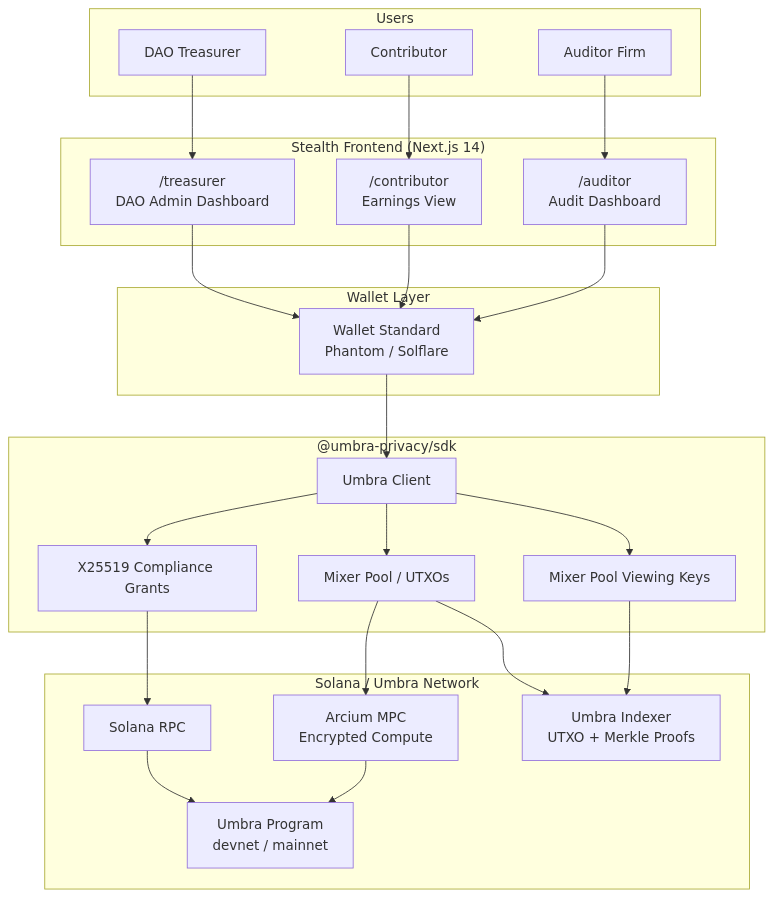
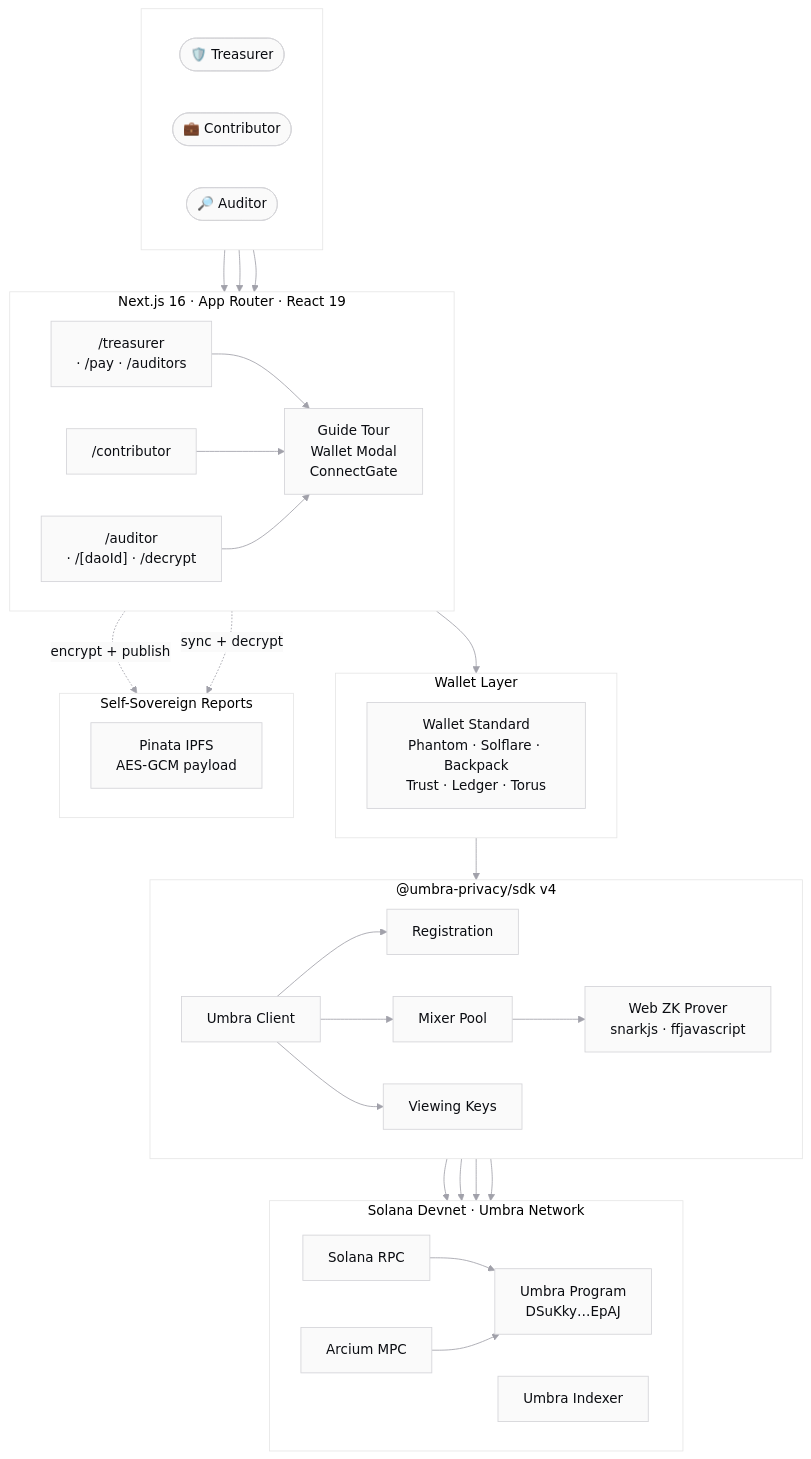
Before and after one commit to Stefaron/Stealth-Frontier-Hackathon: the third of 6 diagrams in README.md, drawn with Mermaid. The commit also changed other lines of this file, not shown here.

First line of the commit message:
docs: rewrite README with diagrams, badges & polished structure

````diff
--- a/README.md
+++ b/README.md
@@ -128,52 +159,64 @@
 ```mermaid
+%%{init: {'theme':'base','themeVariables':{'primaryColor':'#fafafa','primaryBorderColor':'#d4d4d8','primaryTextColor':'#0b0d12','lineColor':'#a1a1aa','fontFamily':'system-ui'}}}%%
 flowchart TD
-    subgraph Users
-        Treasurer[DAO Treasurer]
-        Contributor[Contributor]
-        Auditor[Auditor Firm]
+    subgraph Users[" "]
+        direction LR
+        Tre([🛡️ Treasurer])
+        Con([💼 Contributor])
+        Aud([🔎 Auditor])
     end
 
-    subgraph Frontend["Stealth Frontend (Next.js 14)"]
-        TreasurerUI["/treasurer<br/>DAO Admin Dashboard"]
-        ContributorUI["/contributor<br/>Earnings View"]
-        AuditorUI["/auditor<br/>Audit Dashboard"]
+    subgraph FE["Next.js 16 · App Router · React 19"]
+        direction LR
+        TreUI["/treasurer<br/>· /pay · /auditors"]
+        ConUI["/contributor"]
+        AudUI["/auditor<br/>· /[daoId] · /decrypt"]
+        Guide["Guide Tour<br/>Wallet Modal<br/>ConnectGate"]
     end
 
     subgraph Wallet["Wallet Layer"]
-        WalletStd[Wallet Standard<br/>Phantom / Solflare]
+        direction LR
+        WS[Wallet Standard<br/>Phantom · Solflare · Backpack<br/>Trust · Ledger · Torus]
     end
 
-    subgraph SDK["@umbra-privacy/sdk"]
-        UmbraClient[Umbra Client]
-        Compliance[X25519 Compliance Grants]
-        Mixer[Mixer Pool / UTXOs]
-        ViewingKeys[Mixer Pool Viewing Keys]
+    subgraph SDK["@umbra-privacy/sdk v4"]
+        direction LR
+        Client[Umbra Client]
+        Reg[Registration]
+        Mix[Mixer Pool]
+        VK[Viewing Keys]
+        ZK[Web ZK Prover<br/>snarkjs · ffjavascript]
     end
 
-    subgraph Network["Solana / Umbra Network"]
-        SolanaRPC[Solana RPC]
-        Arcium[Arcium MPC<br/>Encrypted Compute]
-        Indexer[Umbra Indexer<br/>UTXO + Merkle Proofs]
-        UmbraProgram[Umbra Program<br/>devnet / mainnet]
+    subgraph Net["Solana Devnet · Umbra Network"]
+        direction LR
+        RPC[Solana RPC]
+        Arc[Arcium MPC]
+        Idx[Umbra Indexer]
+        Prog[Umbra Program<br/>DSuKky…EpAJ]
     end
 
-    Treasurer --> TreasurerUI
-    Contributor --> ContributorUI
-    Auditor --> AuditorUI
+    subgraph IPFS["Self-Sovereign Reports"]
+        direction LR
+        Pin[Pinata IPFS<br/>AES-GCM payload]
+    end
 
-    TreasurerUI --> WalletStd
-    ContributorUI --> WalletStd
-    AuditorUI --> WalletStd
+    Tre --> TreUI
+    Con --> ConUI
+    Aud --> AudUI
 
-    WalletStd --> UmbraClient
-    UmbraClient --> Compliance
-    UmbraClient --> Mixer
-    UmbraClient --> ViewingKeys
+    TreUI & ConUI & AudUI --> Guide --> WS
+    WS --> Client
+    Client --> Reg & Mix & VK
+    Mix --> ZK
 
-    Compliance --> SolanaRPC
-    Mixer --> Arcium
-    Mixer --> Indexer
-    ViewingKeys --> Indexer
-    SolanaRPC --> UmbraProgram
-    Arcium --> UmbraProgram
+    Reg --> RPC
+    Mix --> Arc
+    Mix --> Idx
+    VK --> Idx
+    RPC --> Prog
+    Arc --> Prog
+
+    ConUI -. encrypt + publish .-> Pin
+    AudUI -. sync + decrypt .-> Pin
 ```
````
